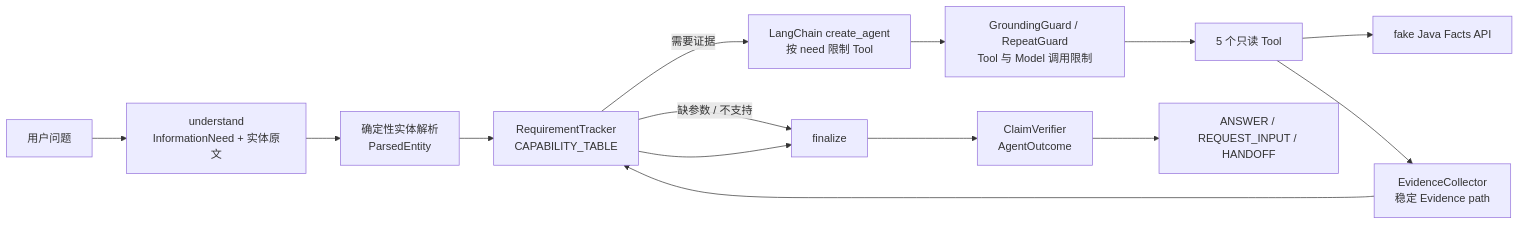
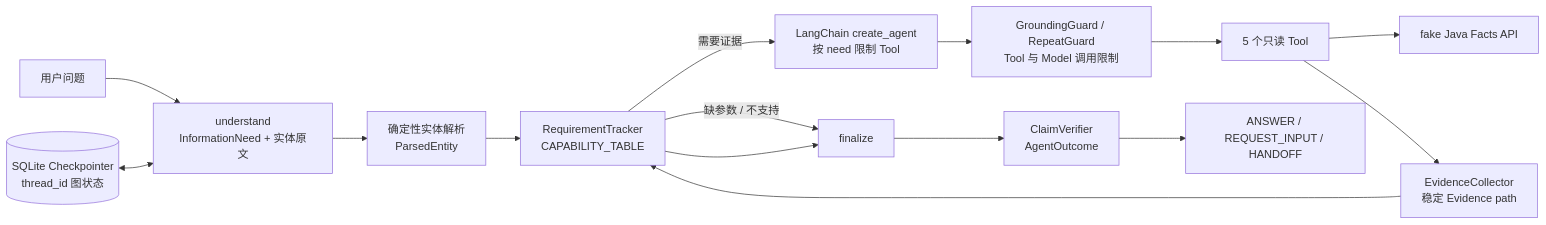
Before and after one commit to azbycxd/group-buy-market: the diagram in README.md, drawn with Mermaid. The commit also changed other lines of this file and 7 other files, not shown here.

````diff
--- a/README.md
+++ b/README.md
@@ -7,16 +7,17 @@
 ```mermaid
 flowchart LR
     U[用户问题] --> N[understand<br/>InformationNeed + 实体原文]
+    CP[(SQLite Checkpointer<br/>thread_id 图状态)] <--> N
     N --> P[确定性实体解析<br/>ParsedEntity]
     P --> R[RequirementTracker<br/>CAPABILITY_TABLE]
     R -->|需要证据| A[LangChain create_agent<br/>按 need 限制 Tool]
     R -->|缺参数 / 不支持| F[finalize]
     A --> G[GroundingGuard / RepeatGuard<br/>Tool 与 Model 调用限制]
     G --> T[5 个只读 Tool]
     T --> J[fake Java Facts API]
     T --> E[EvidenceCollector<br/>稳定 Evidence path]
     E --> R
     R --> F
     F --> C[ClaimVerifier<br/>AgentOutcome]
     C --> O[ANSWER / REQUEST_INPUT / HANDOFF]
 ```
````
